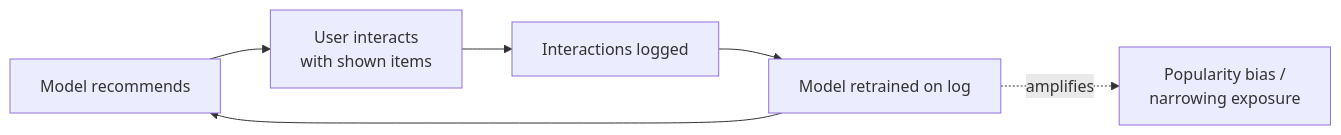
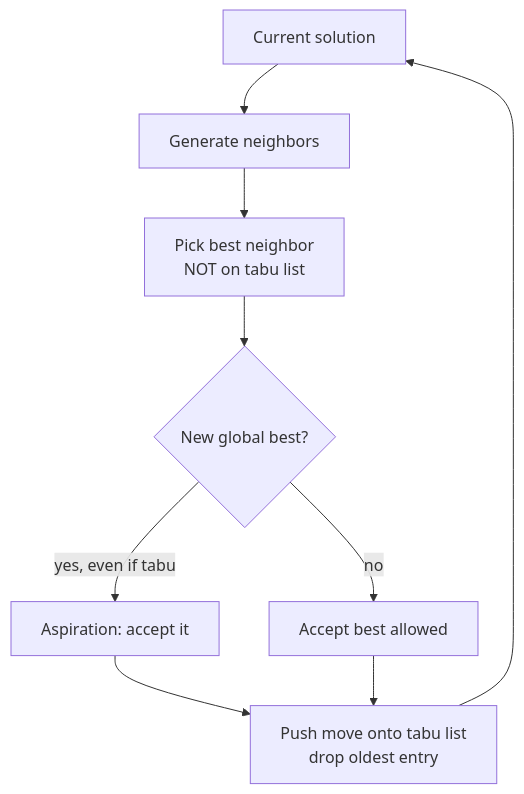
One commit to kader-xai/kader-xai.github.io changed the third of 4 diagrams in ai-ml-encyclopedia/ch35.qmd. Above: the diagram before and after it, drawn with Mermaid. The commit also changed other lines of this file and 47 other files, not shown here.

````diff
--- a/ai-ml-encyclopedia/ch35.qmd
+++ b/ai-ml-encyclopedia/ch35.qmd
@@ -296,8 +415,11 @@
 ```{mermaid}
-flowchart LR
-    A[Model recommends] --> B[User interacts<br/>with shown items]
-    B --> C[Interactions logged]
-    C --> D[Model retrained on log]
-    D --> A
-    D -.amplifies.-> E[Popularity bias /<br/>narrowing exposure]
+flowchart TD
+    A[Current solution] --> B[Generate neighbors]
+    B --> C[Pick best neighbor<br/>NOT on tabu list]
+    C --> D{New global best?}
+    D -->|yes, even if tabu| E[Aspiration: accept it]
+    D -->|no| F[Accept best allowed]
+    E --> G[Push move onto tabu list<br/>drop oldest entry]
+    F --> G
+    G --> A
 ```
````
